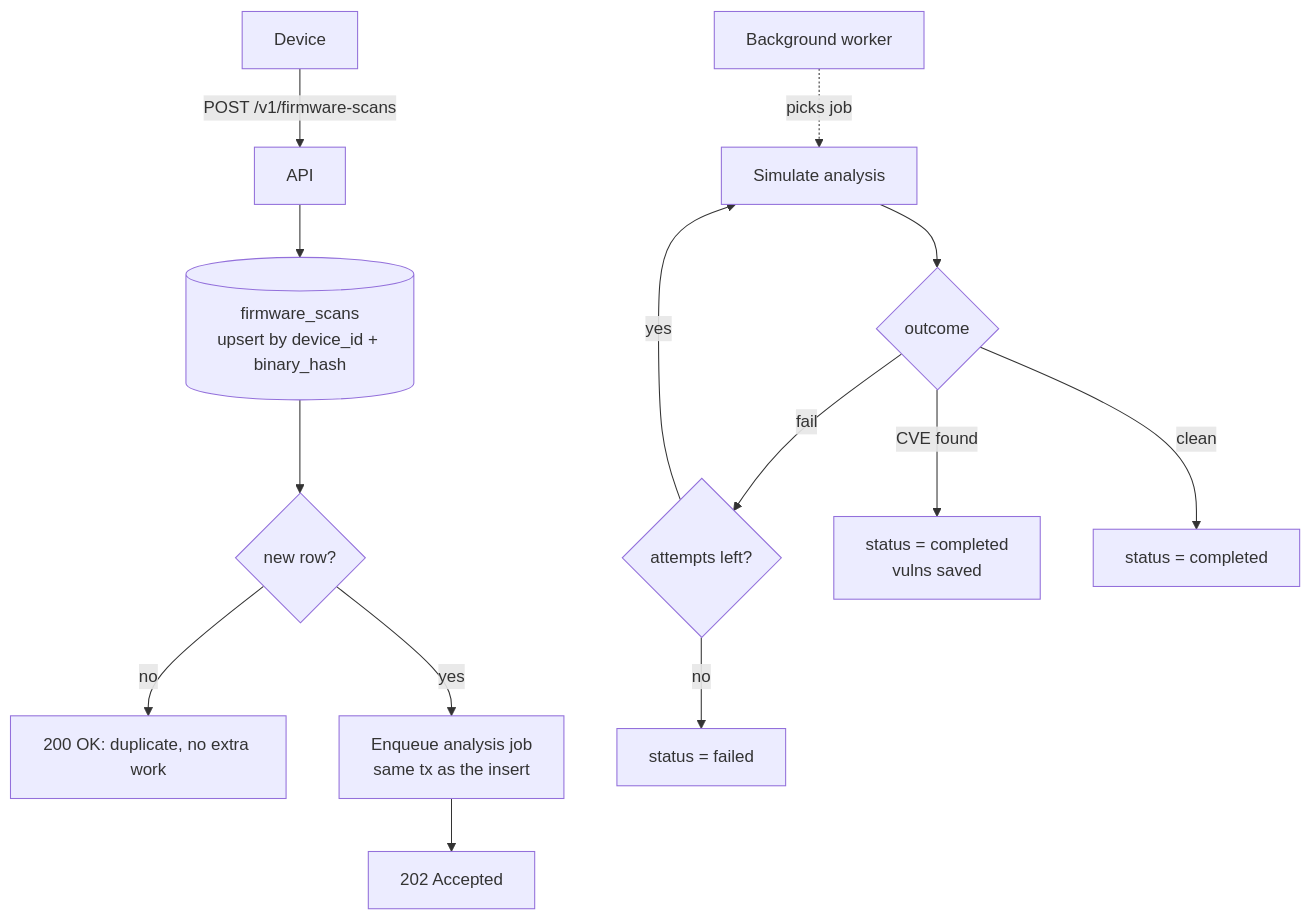
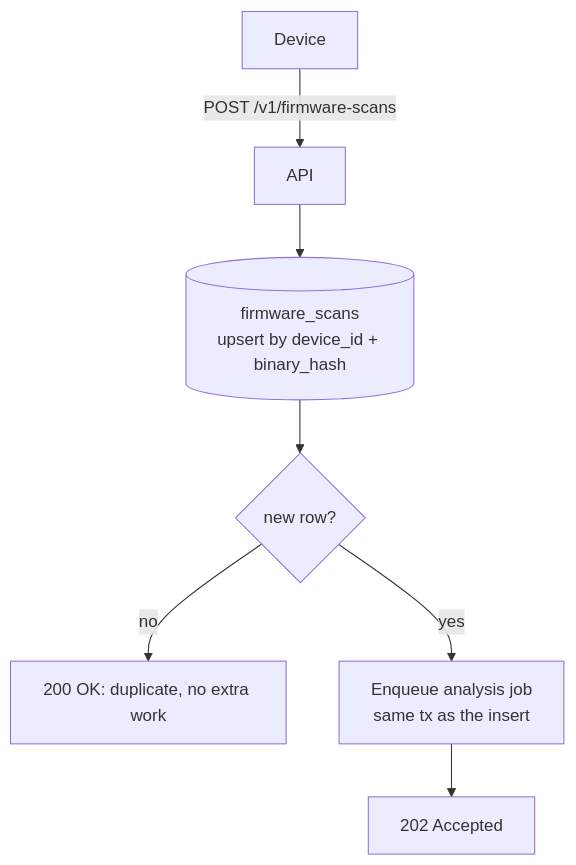
The second of 4 diagrams in ARCHITECTURE.md (iurev/firmguard), drawn with Mermaid before and after one commit. The commit also changed other lines of this file, not shown here.

Commit message:
[upd] architecture

````diff
--- a/ARCHITECTURE.md
+++ b/ARCHITECTURE.md
@@ -30,17 +30,9 @@
 ```mermaid
 flowchart TD
     Device -->|"POST /v1/firmware-scans"| API
     API --> Upsert[("firmware_scans<br/>upsert by device_id + binary_hash")]
     Upsert --> IsNew{"new row?"}
     IsNew -- "no" --> Resp200["200 OK: duplicate, no extra work"]
     IsNew -- "yes" --> Enqueue["Enqueue analysis job<br/>same tx as the insert"]
     Enqueue --> Resp202["202 Accepted"]
-
-    Worker["Background worker"] -. "picks job" .-> Analyze["Simulate analysis"]
-    Analyze --> Outcome{"outcome"}
-    Outcome -- "fail" --> Retry{"attempts left?"}
-    Retry -- "yes" --> Analyze
-    Retry -- "no" --> Failed["status = failed"]
-    Outcome -- "CVE found" --> Done1["status = completed<br/>vulns saved"]
-    Outcome -- "clean" --> Done2["status = completed"]
 ```
````
